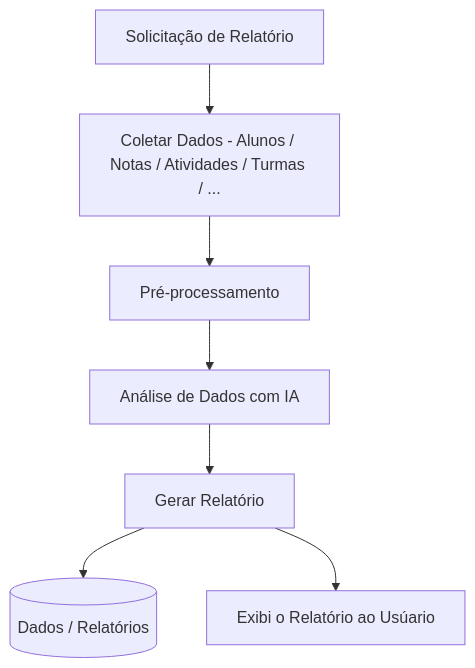
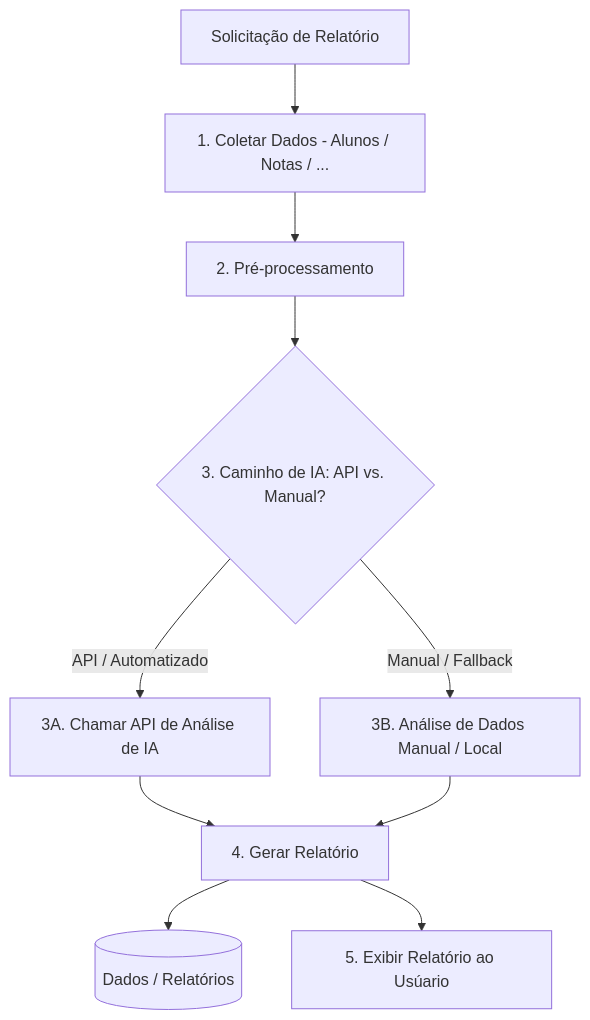
The diagram in Docs/DFDs/DFD – Nível 2 (Processo de Relatórios e IA).md (GabyValeria/pimII-2025-sistema-academico), drawn with Mermaid before and after one commit.

Commit message:
Revise DFD with decision paths for data analysis

````diff
--- a/Docs/DFDs/DFD – Nível 2 (Processo de Relatórios e IA).md
+++ b/Docs/DFDs/DFD – Nível 2 (Processo de Relatórios e IA).md
@@ -1,9 +1,20 @@
 ```mermaid
 flowchart TB
-  Pedido[Solicitação de Relatório] --> P5_1[Coletar Dados - Alunos / Notas / Atividades / Turmas / ...]
-  P5_1 --> P5_2[Pré-processamento]
-  P5_2 --> P5_3[Análise de Dados com IA]
-  P5_3 --> P5_4[Gerar Relatório]
-  P5_4 --> DS6[(Dados / Relatórios)]
-  P5_4 --> Exibicao[Exibi o Relatório ao Usúario]
+  Pedido[Solicitação de Relatório] --> P5_1[1. Coletar Dados - Alunos / Notas / ...]
+  P5_1 --> P5_2[2. Pré-processamento]
+
+  %% Novo nó de Decisão
+  P5_2 --> Decisao{3. Caminho de IA: API vs. Manual?}
+
+  %% Caminho Automatizado (API)
+  Decisao -- API / Automatizado --> P_API[3A. Chamar API de Análise de IA]
+  P_API --> P_Gerar[4. Gerar Relatório]
+
+  %% Caminho Manual (Fallback / Intervenção)
+  Decisao -- Manual / Fallback --> P_Manual[3B. Análise de Dados Manual / Local]
+  P_Manual --> P_Gerar
+
+  %% Junção e Saída
+  P_Gerar --> DS6[(Dados / Relatórios)]
+  P_Gerar --> Exibicao[5. Exibir Relatório ao Usúario]
 ```
````
